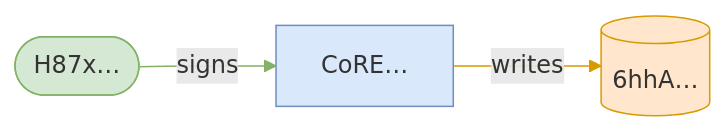
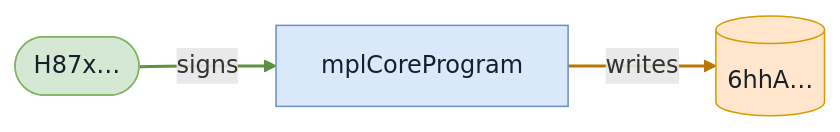
One commit to cds-turbin3/vesting-position changed diagram 17 of 21 in babelfish-tests/test-report/scenario_3_buyback_alice_claims_again.md. Above: the diagram before and after it, drawn with Mermaid. The commit also changed other lines of this file and 106 other files, not shown here.

````diff
--- a/babelfish-tests/test-report/scenario_3_buyback_alice_claims_again.md
+++ b/babelfish-tests/test-report/scenario_3_buyback_alice_claims_again.md
@@ -655,13 +653,13 @@
 ```mermaid
 flowchart LR
-    CoRE["CoRE…"]:::program
+    mplCoreProgram["mplCoreProgram"]:::program
     n6hhA[("6hhA…")]:::state
     H87x(["H87x…"]):::signer
-    CoRE -->|writes| n6hhA
-    H87x -->|signs| CoRE
-    classDef program fill:#dae8fc,stroke:#6c8ebf;
-    classDef signer fill:#d5e8d4,stroke:#82b366;
-    classDef state fill:#ffe6cc,stroke:#d79b00;
-    linkStyle 0 stroke:#d79b00
-    linkStyle 1 stroke:#82b366
+    mplCoreProgram -->|writes| n6hhA
+    H87x -->|signs| mplCoreProgram
+    classDef program fill:#dae8fc,stroke:#6c8ebf,color:#17202a;
+    classDef signer fill:#d5e8d4,stroke:#82b366,color:#17202a;
+    classDef state fill:#ffe6cc,stroke:#d79b00,color:#17202a;
+    linkStyle 0 stroke:#b87800,stroke-width:2px
+    linkStyle 1 stroke:#5f913f,stroke-width:2px
 ```
````
